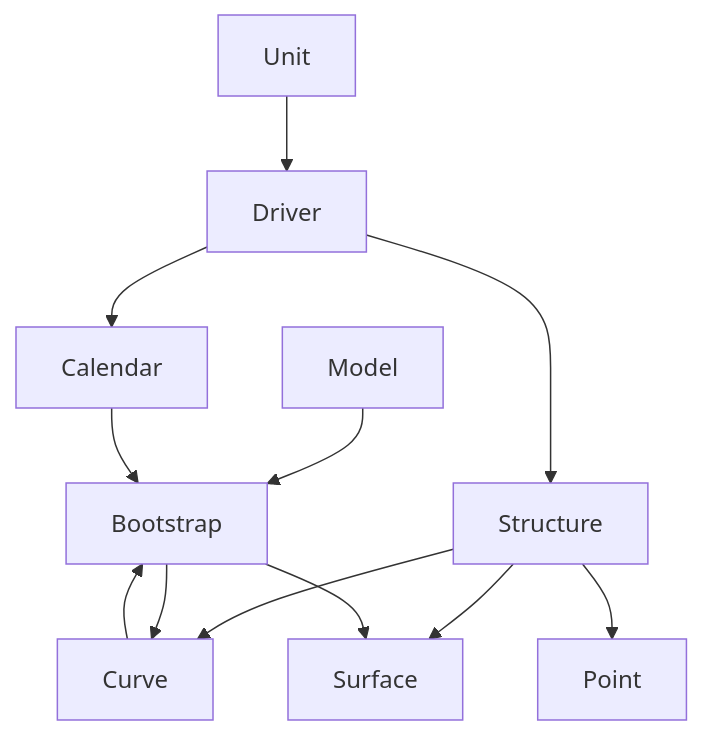
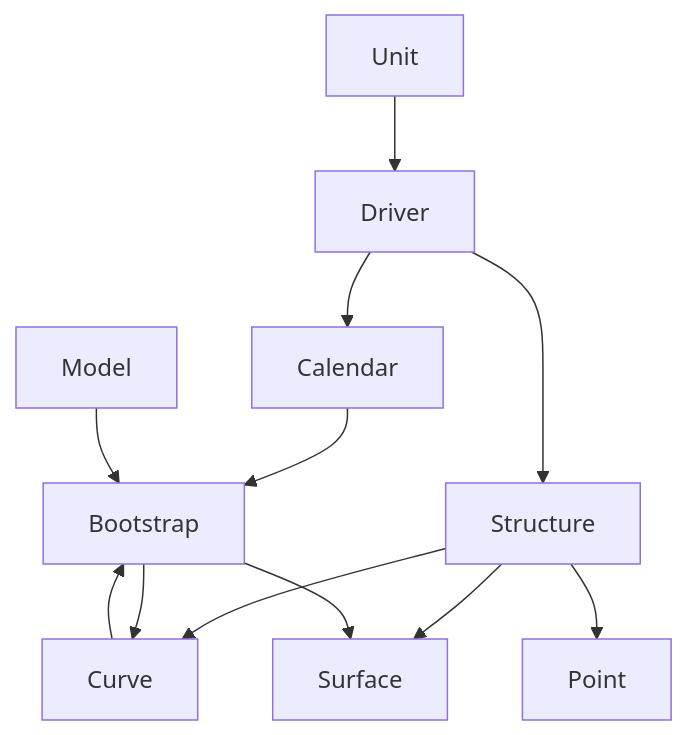
One commit to tristanvandevelde/finstruct changed the diagram in README.md. Above: the diagram before and after it, drawn with Mermaid. The commit also changed other lines of this file, not shown here.

````diff
--- a/README.md
+++ b/README.md
@@ -32,14 +32,14 @@
 ```mermaid
 graph TD;
     Unit-->Driver;
     Driver-->Calendar;
     Driver-->Structure;
     Structure-->Curve;
     Structure-->Surface;
     Structure-->Point;
+    Calendar-->Bootstrap;
     Model-->Bootstrap;
-    Calendar-->Bootstrap;
     Bootstrap-->Curve;
     Curve-->Bootstrap;
     Bootstrap-->Surface;
 ```
````
